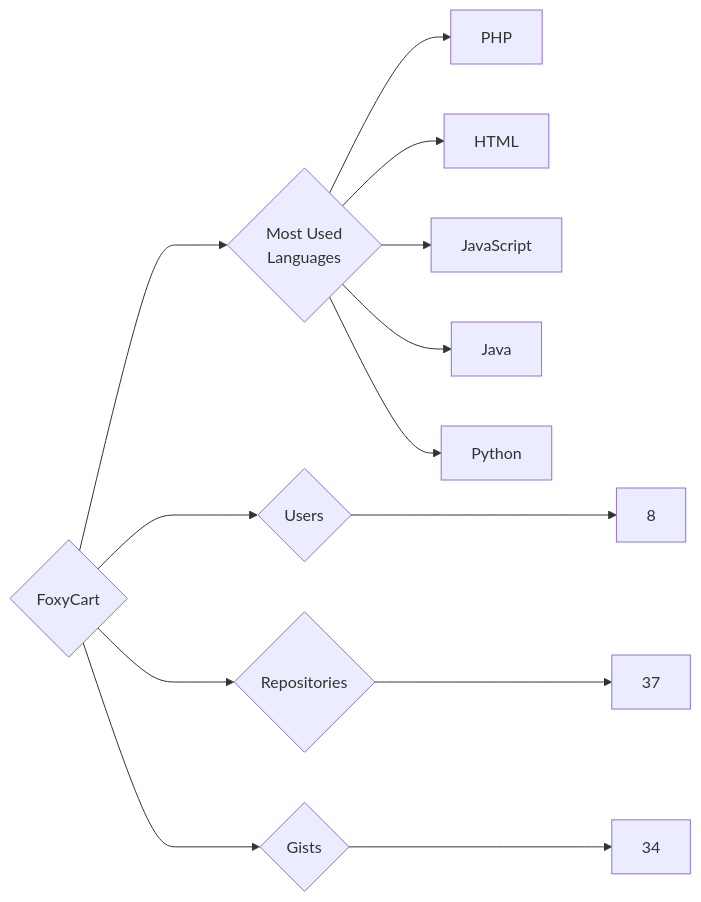
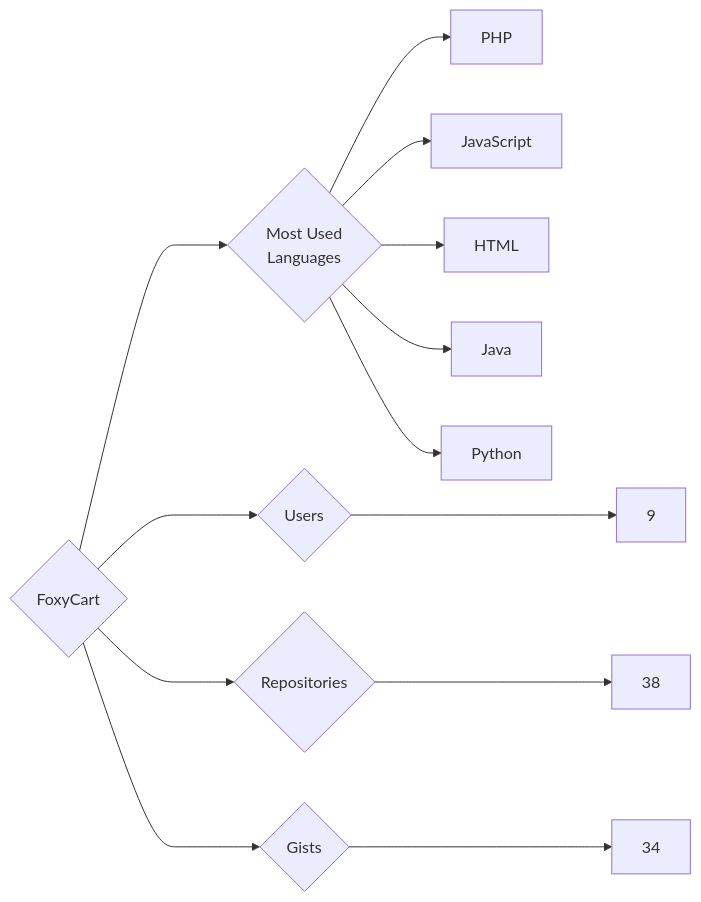
One commit to trickest/insiders changed the diagram in targets/FoxyCart/README.md. Above: the diagram before and after it, drawn with Mermaid. The commit also changed 1088 other files, not shown here.

````diff
--- a/targets/FoxyCart/README.md
+++ b/targets/FoxyCart/README.md
@@ -3,13 +3,13 @@
 ```mermaid
 graph LR
 COMPANY_NAME{FoxyCart}
-COMPANY_NAME ---> U{Users} ---> UN[8]
-COMPANY_NAME ---> R{Repositories} ---> RN[37]
+COMPANY_NAME ---> U{Users} ---> UN[9]
+COMPANY_NAME ---> R{Repositories} ---> RN[38]
 COMPANY_NAME ---> G{Gists} ---> GN[34]
 COMPANY_NAME ---> ML{Most Used<br>Languages}
 ML --> PHP[PHP]
+ML --> JavaScript[JavaScript]
 ML --> HTML[HTML]
-ML --> JavaScript[JavaScript]
 ML --> Java[Java]
 ML --> Python[Python]
 ```
````
